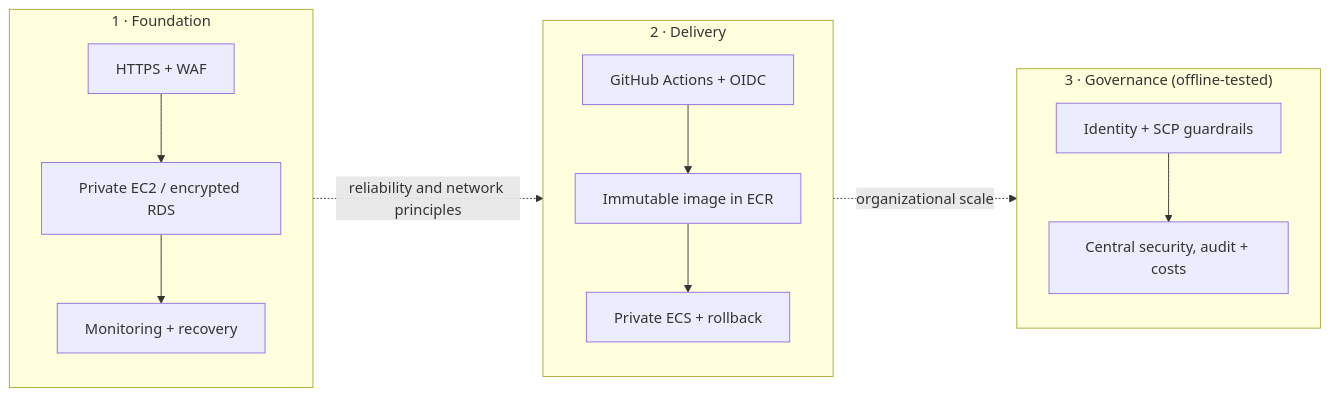
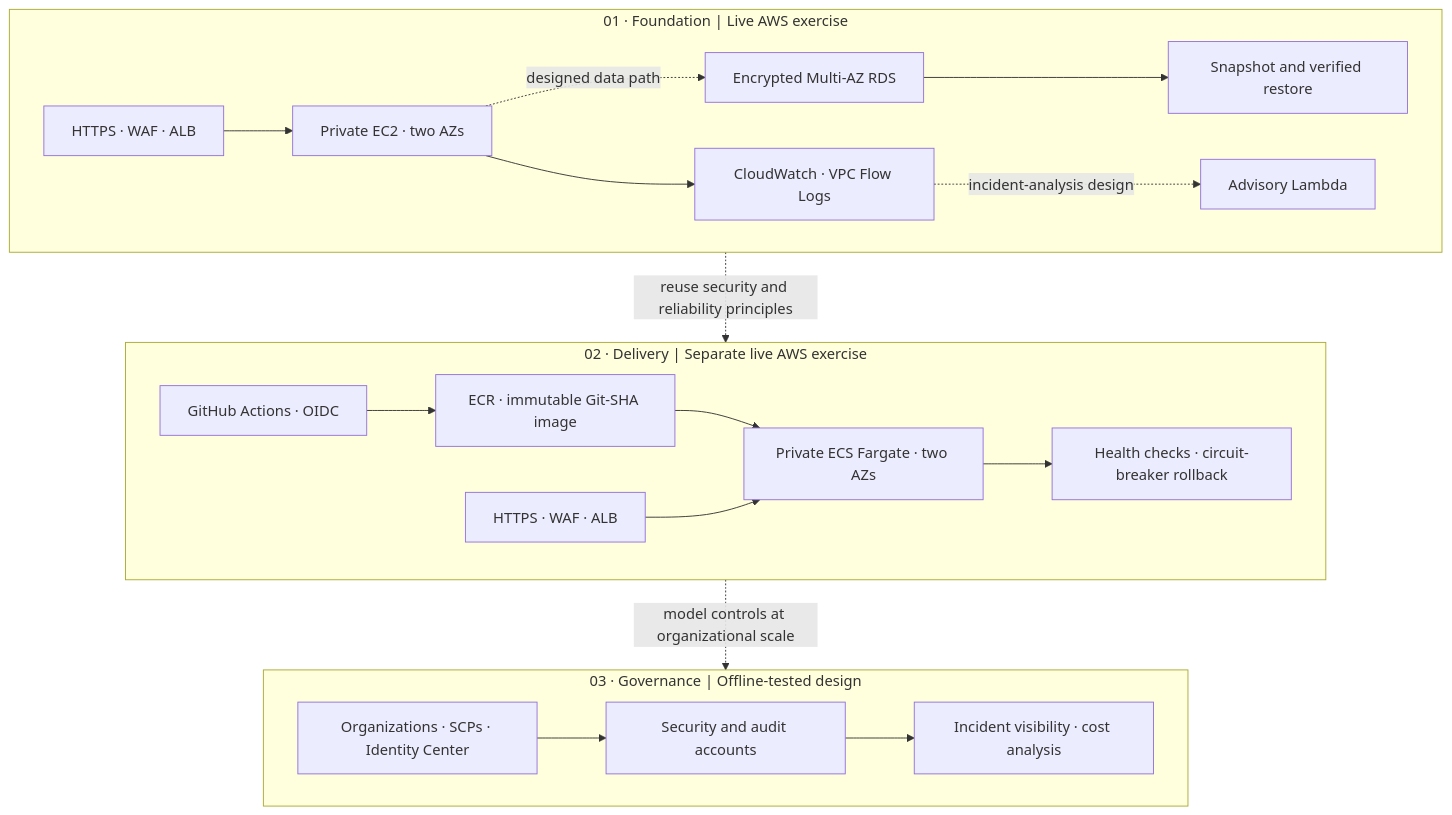
Before and after one commit to JNHolman/RSVP-Cloud-Platform: the diagram in README.md, drawn with Mermaid. The commit also changed other lines of this file and 3 other files, not shown here.

Commit message:
docs: clarify business pivot, platform architecture and engineering outcomes

````diff
--- a/README.md
+++ b/README.md
@@ -23,16 +29,22 @@
 ```mermaid
-flowchart LR
-    subgraph F["1 · Foundation"]
-      A["HTTPS + WAF"] --> B["Private EC2 / encrypted RDS"]
-      B --> C["Monitoring + recovery"]
-    end
-    subgraph D["2 · Delivery"]
-      E["GitHub Actions + OIDC"] --> G["Immutable image in ECR"]
-      G --> H["Private ECS + rollback"]
-    end
-    subgraph O["3 · Governance (offline-tested)"]
-      I["Identity + SCP guardrails"] --> J["Central security, audit + costs"]
-    end
-    F -. "reliability and network principles" .-> D
-    D -. "organizational scale" .-> O
+flowchart TB
+  subgraph F["01 · Foundation | Live AWS exercise"]
+    F1["HTTPS · WAF · ALB"] --> F2["Private EC2 · two AZs"]
+    F2 -. "designed data path" .-> F3["Encrypted Multi-AZ RDS"]
+    F3 --> F4["Snapshot and verified restore"]
+    F2 --> F5["CloudWatch · VPC Flow Logs"]
+    F5 -. "incident-analysis design" .-> F6["Advisory Lambda"]
+  end
+  subgraph D["02 · Delivery | Separate live AWS exercise"]
+    D1["GitHub Actions · OIDC"] --> D2["ECR · immutable Git-SHA image"]
+    D2 --> D3["Private ECS Fargate · two AZs"]
+    D4["HTTPS · WAF · ALB"] --> D3
+    D3 --> D5["Health checks · circuit-breaker rollback"]
+  end
+  subgraph G["03 · Governance | Offline-tested design"]
+    G1["Organizations · SCPs · Identity Center"] --> G2["Security and audit accounts"]
+    G2 --> G3["Incident visibility · cost analysis"]
+  end
+  F -. "reuse security and reliability principles" .-> D
+  D -. "model controls at organizational scale" .-> G
 ```
````
